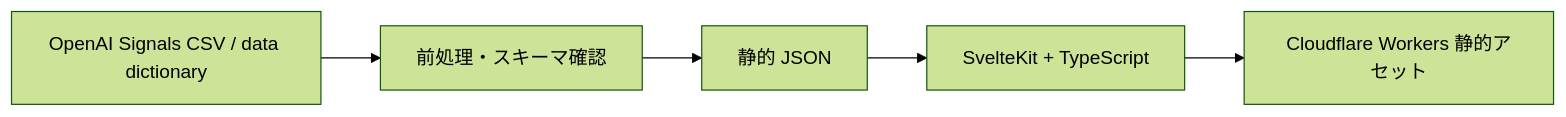
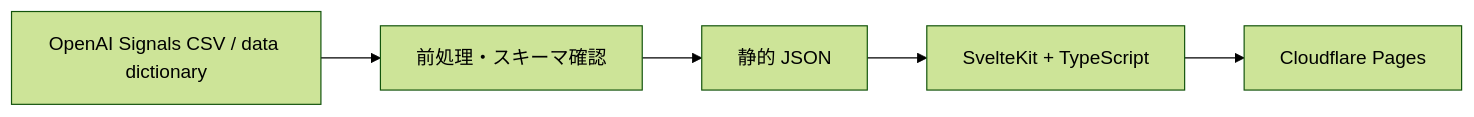
One commit to takafumikobayashi/signals-japan-insight changed the diagram in docs/architecture.md. Above: the diagram before and after it, drawn with Mermaid (forest theme). The commit also changed other lines of this file and 10 other files, not shown here.

First line of the commit message:
配信先を Cloudflare Pages に戻し、Netlify DNS の CNAME で独自ドメインを向ける

````diff
--- a/docs/architecture.md
+++ b/docs/architecture.md
@@ -21,7 +21,7 @@
 ```mermaid
 flowchart LR
   A[OpenAI Signals CSV / data dictionary] --> B[前処理・スキーマ確認]
   B --> C[静的 JSON]
   C --> D[SvelteKit + TypeScript]
-  D --> E[Cloudflare Workers 静的アセット]
+  D --> E[Cloudflare Pages]
 ```
````
